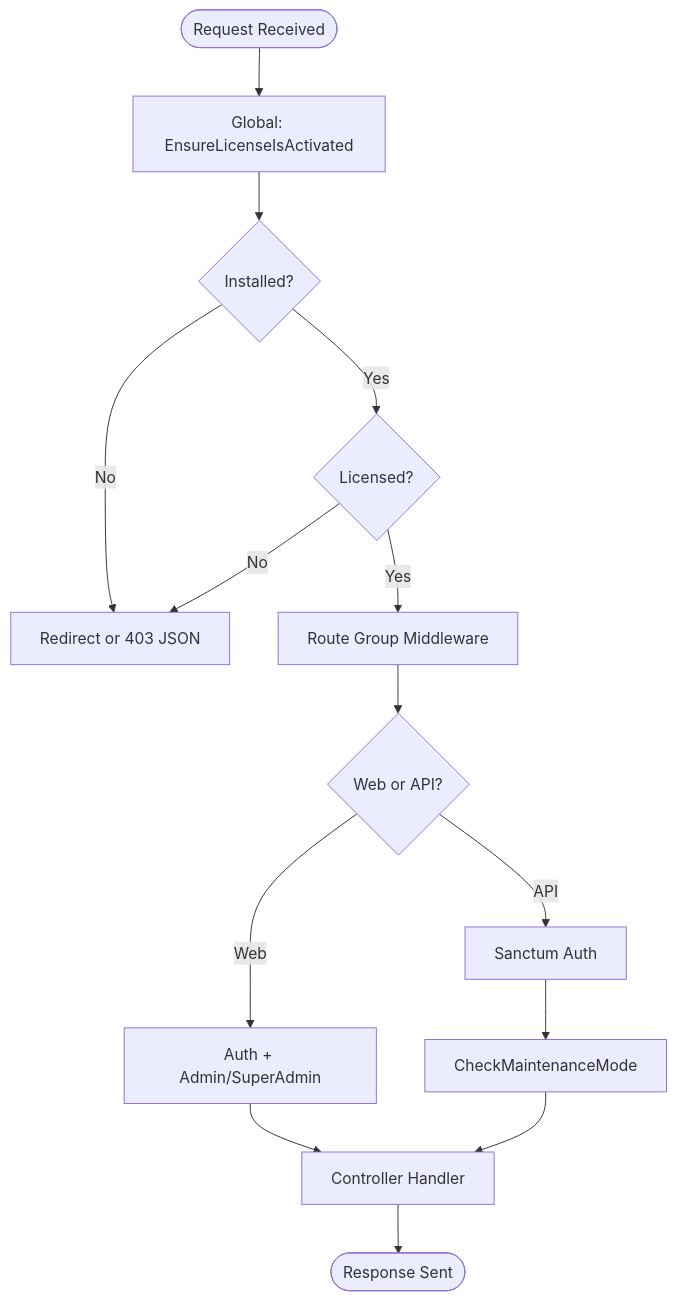
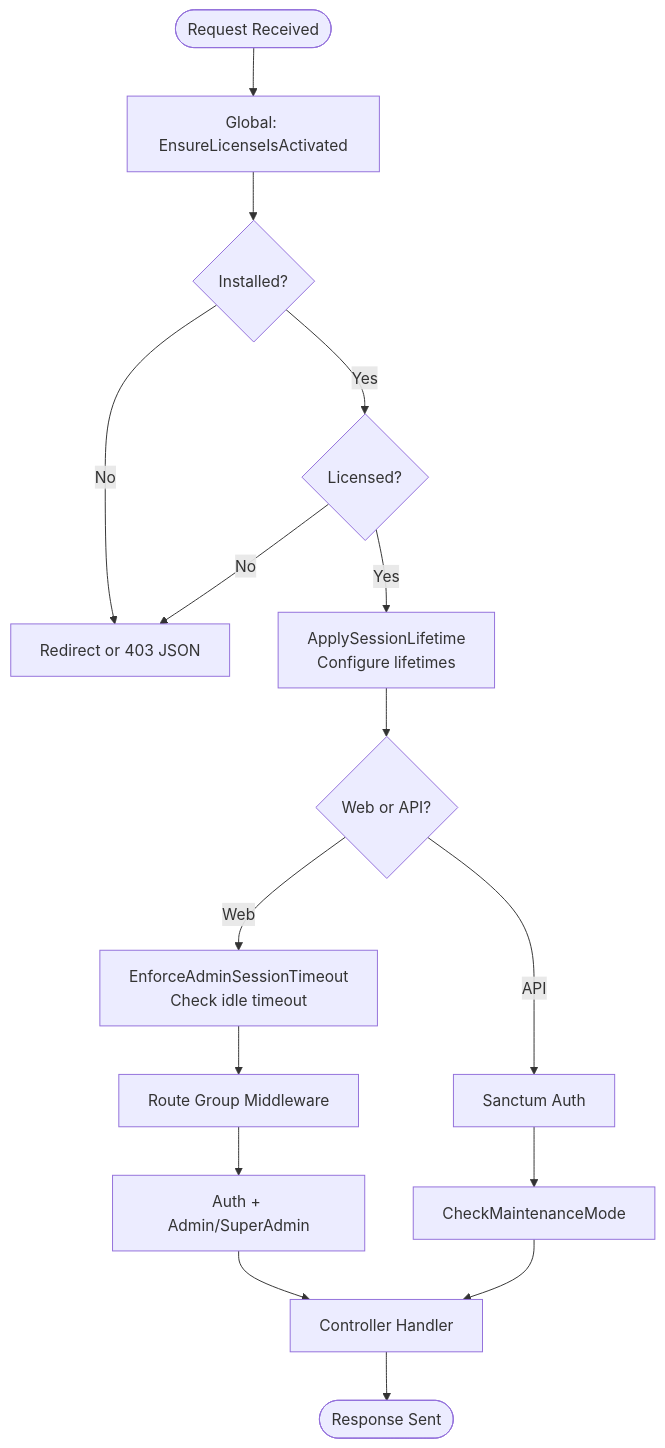
The third of 13 diagrams in .qoder/repowiki/en/content/System Architecture/Backend Architecture/Middleware Pipeline.md (mahbub095/bus-app), drawn with Mermaid before and after one commit. The commit also changed other lines of this file and 130 other files, not shown here.

````diff
--- a/.qoder/repowiki/en/content/System Architecture/Backend Architecture/Middleware Pipeline.md
+++ b/.qoder/repowiki/en/content/System Architecture/Backend Architecture/Middleware Pipeline.md
@@ -119,16 +148,18 @@
 ```mermaid
 flowchart TD
 Start(["Request Received"]) --> Global["Global: EnsureLicenseIsActivated"]
 Global --> InstallCheck{"Installed?"}
 InstallCheck --> |No| RedirectInstall["Redirect or 403 JSON"]
 InstallCheck --> |Yes| LicenseCheck{"Licensed?"}
 LicenseCheck --> |No| RedirectInstall
-LicenseCheck --> |Yes| RouteGroup["Route Group Middleware"]
-RouteGroup --> WebOrApi{"Web or API?"}
-WebOrApi --> |Web| AuthMiddleware["Auth + Admin/SuperAdmin"]
+LicenseCheck --> |Yes| SessionConfig["ApplySessionLifetime<br/>Configure lifetimes"]
+SessionConfig --> WebOrApi{"Web or API?"}
+WebOrApi --> |Web| TimeoutCheck["EnforceAdminSessionTimeout<br/>Check idle timeout"]
 WebOrApi --> |API| SanctumMW["Sanctum Auth"]
+TimeoutCheck --> RouteGroup["Route Group Middleware"]
 SanctumMW --> MaintenanceMW["CheckMaintenanceMode"]
+RouteGroup --> AuthMiddleware["Auth + Admin/SuperAdmin"]
 AuthMiddleware --> Controller["Controller Handler"]
 MaintenanceMW --> Controller
 Controller --> End(["Response Sent"])
 ```
````
